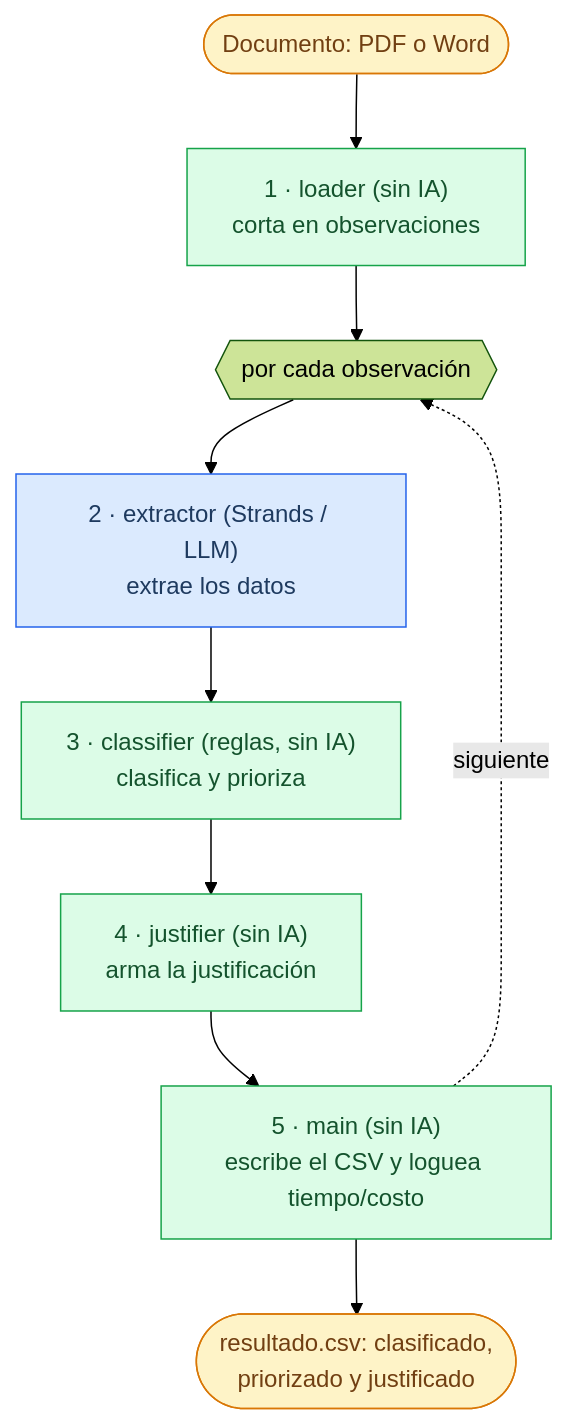
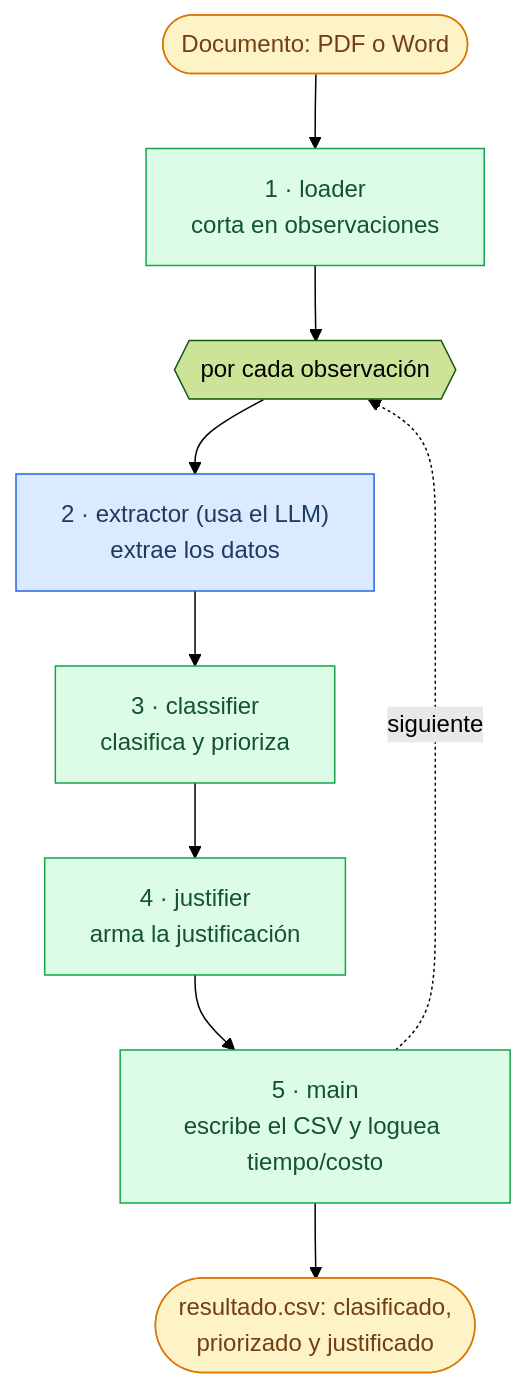
The diagram in README.md (marioconti/ofac-agent), drawn with Mermaid (forest theme) before and after one commit. The commit also changed other lines of this file, not shown here.

Commit message:
docs: clarify LLM's role and remove redundant 'sin IA' labels from diagram

````diff
--- a/README.md
+++ b/README.md
@@ -41,17 +45,17 @@
 ```mermaid
 flowchart TD
-    IN([Documento: PDF o Word]) --> L["1 · loader (sin IA)<br/>corta en observaciones"]
+    IN([Documento: PDF o Word]) --> L["1 · loader<br/>corta en observaciones"]
     L --> LOOP{{por cada observación}}
-    LOOP --> E["2 · extractor (Strands / LLM)<br/>extrae los datos"]
-    E --> C["3 · classifier (reglas, sin IA)<br/>clasifica y prioriza"]
-    C --> J["4 · justifier (sin IA)<br/>arma la justificación"]
-    J --> M["5 · main (sin IA)<br/>escribe el CSV y loguea tiempo/costo"]
+    LOOP --> E["2 · extractor (usa el LLM)<br/>extrae los datos"]
+    E --> C["3 · classifier<br/>clasifica y prioriza"]
+    C --> J["4 · justifier<br/>arma la justificación"]
+    J --> M["5 · main<br/>escribe el CSV y loguea tiempo/costo"]
     M -.->|siguiente| LOOP
     M --> OUT([resultado.csv: clasificado,<br/>priorizado y justificado])
     classDef ia fill:#dbeafe,stroke:#2563eb,color:#1e3a5f
     classDef reglas fill:#dcfce7,stroke:#16a34a,color:#14532d
     classDef io fill:#fef3c7,stroke:#d97706,color:#713f12
     class E ia
     class L,C,J,M reglas
     class IN,OUT io
 ```
````
